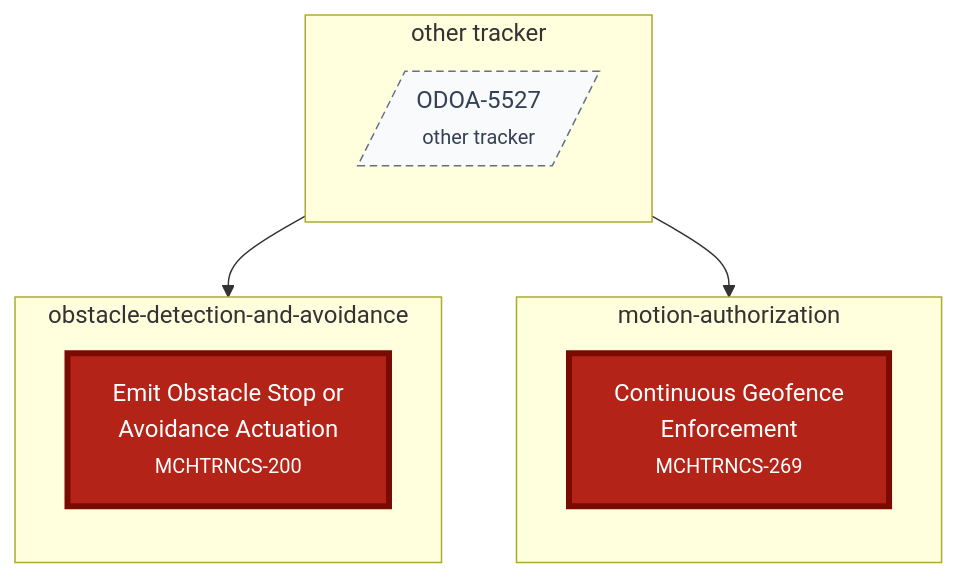
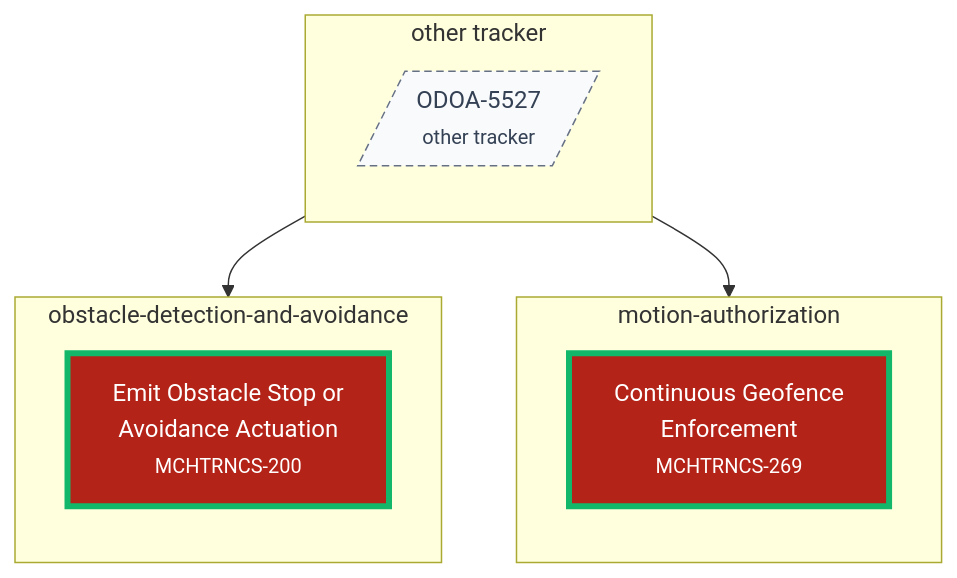
One commit to pjm-autonomous/prak-sysreq-mgmt changed the diagram in agile-planning/embedded/dependency-dag.mmd. Above: the diagram before and after it, drawn with Mermaid. The commit also changed 14 other files, not shown here.

```diff
--- a/agile-planning/embedded/dependency-dag.mmd
+++ b/agile-planning/embedded/dependency-dag.mmd
@@ -1,31 +1,34 @@
 %% chain 1
 flowchart TB
   classDef must fill:#b42318,stroke:#7a0b02,color:#ffffff;
   classDef should fill:#ffbf00,stroke:#8a6d00,color:#111827;
   classDef could fill:#e6f0fd,stroke:#175cd3,color:#111827;
   classDef wont fill:#eceef2,stroke:#667085,color:#111827;
   classDef must_tts fill:#b42318,stroke:#7a0b02,stroke-width:4px,color:#ffffff;
   classDef should_tts fill:#ffbf00,stroke:#8a6d00,stroke-width:4px,color:#111827;
   classDef could_tts fill:#e6f0fd,stroke:#0b3a8f,stroke-width:4px,color:#111827;
   classDef wont_tts fill:#eceef2,stroke:#344054,stroke-width:4px,color:#111827;
   classDef note fill:#f8fafc,stroke:#94a3b8,color:#334155;
   classDef external fill:#f8fafc,stroke:#667085,stroke-dasharray:5 3,color:#344054;
+  classDef estimated stroke:#12b76a;
   subgraph sg_motion_authorization["motion-authorization"]
     direction TB
     n_epic_continuous_geofence_enforcement["Continuous Geofence<br/>Enforcement<br/><small>MCHTRNCS-269</small>"]
   end
   subgraph sg_obstacle_detection_and_avoidance["obstacle-detection-and-avoidance"]
     direction TB
     n_epic_emit_obstacle_stop_avoidance["Emit Obstacle Stop or<br/>Avoidance Actuation<br/><small>MCHTRNCS-200</small>"]
   end
   subgraph sg_other_tracker["other tracker"]
     direction TB
     n_external_ODOA_5527[/"ODOA-5527<br/><small>other tracker</small>"/]
   end
   n_external_ODOA_5527 --> n_epic_continuous_geofence_enforcement
   n_external_ODOA_5527 --> n_epic_emit_obstacle_stop_avoidance
   click n_epic_continuous_geofence_enforcement "https://asirobots.atlassian.net/browse/MCHTRNCS-269" _blank
   click n_epic_emit_obstacle_stop_avoidance "https://asirobots.atlassian.net/browse/MCHTRNCS-200" _blank
   class n_epic_continuous_geofence_enforcement must_tts;
+  class n_epic_continuous_geofence_enforcement estimated;
   class n_epic_emit_obstacle_stop_avoidance must_tts;
+  class n_epic_emit_obstacle_stop_avoidance estimated;
   class n_external_ODOA_5527 external;
```
